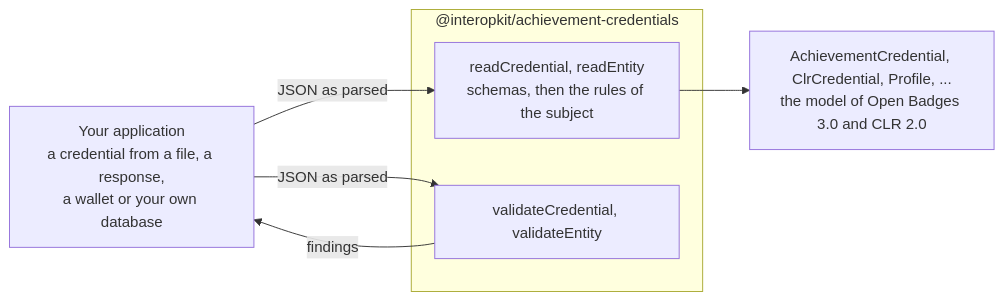
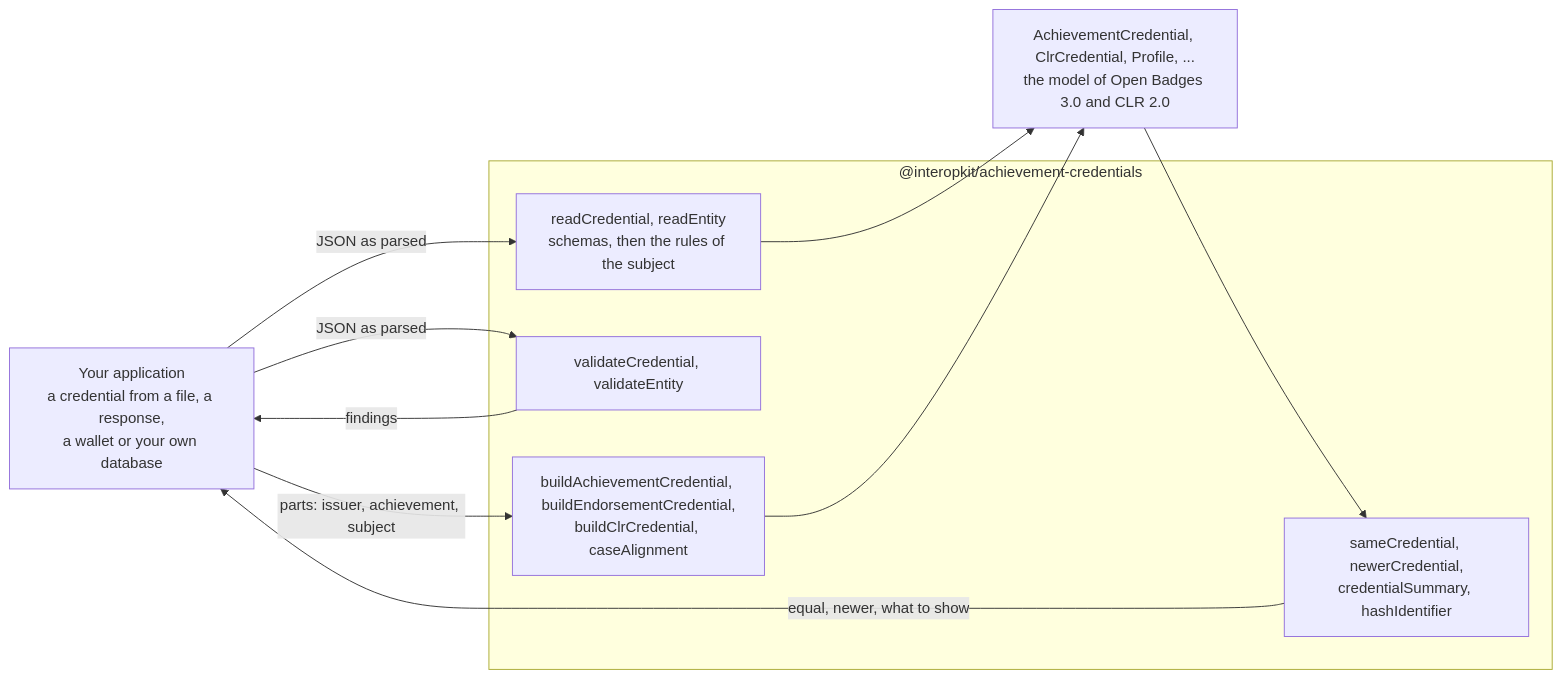
The diagram in packages/achievement-credentials/README.md (interopkit/interopkit), drawn with Mermaid before and after one commit. The commit also changed other lines of this file and 40 other files, not shown here.

````diff
--- a/packages/achievement-credentials/README.md
+++ b/packages/achievement-credentials/README.md
@@ -9,13 +10,19 @@
 ```mermaid
 flowchart LR
   host["Your application<br/>a credential from a file, a response,<br/>a wallet or your own database"]
   subgraph pkg["@interopkit/achievement-credentials"]
     read["readCredential, readEntity<br/>schemas, then the rules of the subject"]
     validate["validateCredential, validateEntity"]
+    build["buildAchievementCredential, buildEndorsementCredential,<br/>buildClrCredential, caseAlignment"]
+    compare["sameCredential, newerCredential,<br/>credentialSummary, hashIdentifier"]
   end
   model["AchievementCredential, ClrCredential, Profile, ...<br/>the model of Open Badges 3.0 and CLR 2.0"]
   host -->|"JSON as parsed"| read
   read --> model
   host -->|"JSON as parsed"| validate
   validate -->|"findings"| host
+  host -->|"parts: issuer, achievement, subject"| build
+  build --> model
+  model --> compare
+  compare -->|"equal, newer, what to show"| host
 ```
````
